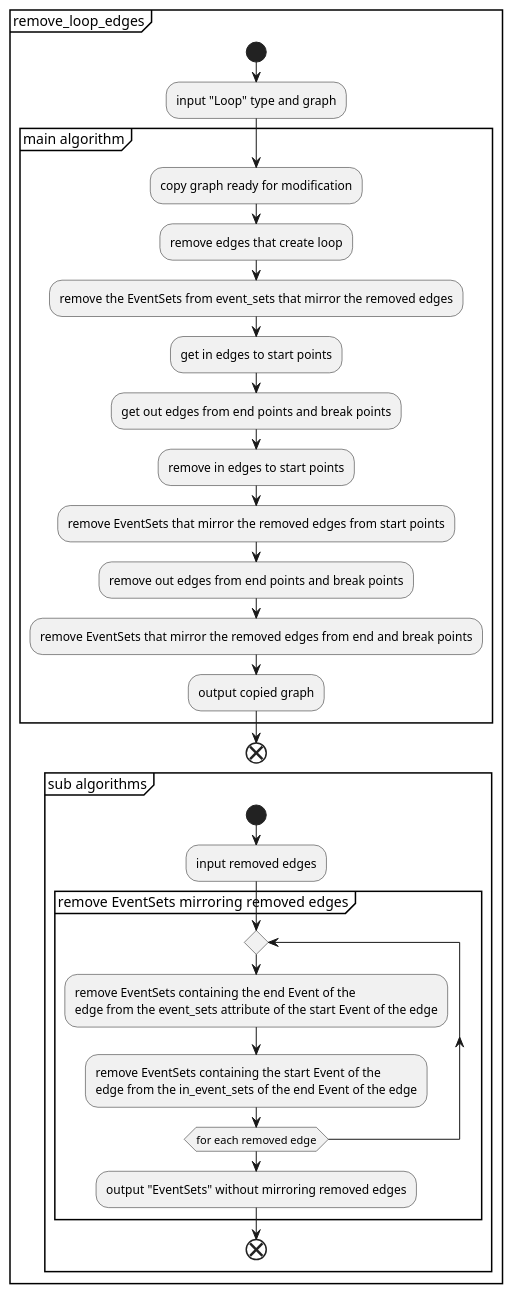
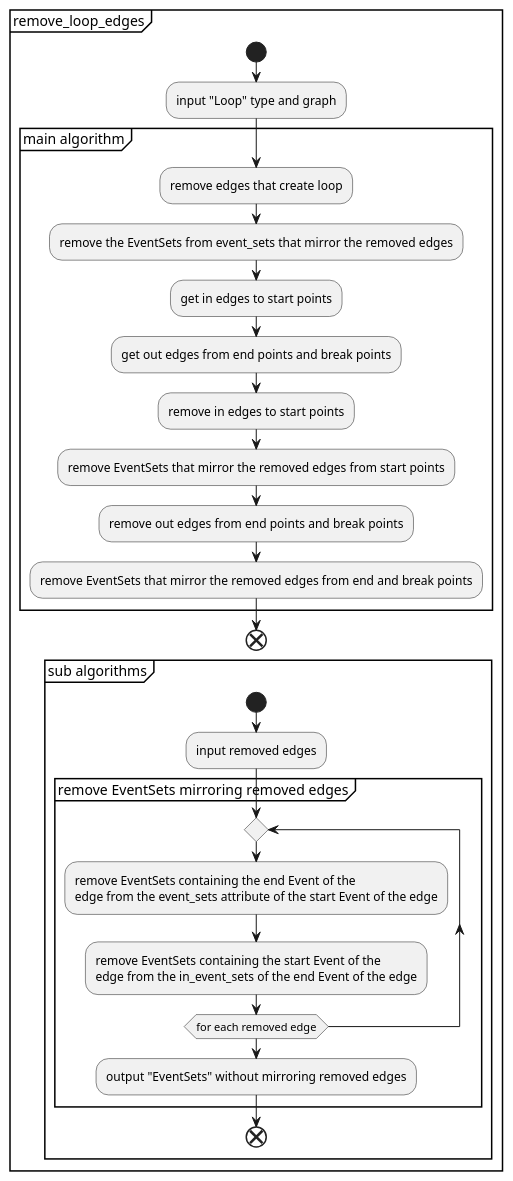
Before and after one commit to xtuml/otel2puml: the diagram in docs/development/design/1-DN-SCC_loop_detection/create_sub_graph_of_loop/remove_loop_edges_of_sub_graph_implementation.puml, drawn with PlantUML. The commit also changed 13 other files, not shown here.

First line of the commit message:
Cdstp 61 function to remove loop edges of sub graph (#65)

```diff
--- a/docs/development/design/1-DN-SCC_loop_detection/create_sub_graph_of_loop/remove_loop_edges_of_sub_graph_implementation.puml
+++ b/docs/development/design/1-DN-SCC_loop_detection/create_sub_graph_of_loop/remove_loop_edges_of_sub_graph_implementation.puml
@@ -1,31 +1,29 @@
 @startuml
     partition "remove_loop_edges" {
         start
         :input "Loop" type and graph;
         group "main algorithm"
-            :copy graph ready for modification;
             :remove edges that create loop;
             :remove the EventSets from event_sets that mirror the removed edges;
             :get in edges to start points;
             :get out edges from end points and break points;
             :remove in edges to start points;
             :remove EventSets that mirror the removed edges from start points;
             :remove out edges from end points and break points;
             :remove EventSets that mirror the removed edges from end and break points;
-            :output copied graph;
         end group
         end
         partition "sub algorithms" {
             start
             :input removed edges;
             group "remove EventSets mirroring removed edges"
                 repeat
                     :remove EventSets containing the end Event of the\nedge from the event_sets attribute of the start Event of the edge;
                     :remove EventSets containing the start Event of the\nedge from the in_event_sets of the end Event of the edge;
                 repeat while (for each removed edge)
                 :output "EventSets" without mirroring removed edges;
             end group
             end
         }
     }
 @enduml
```
